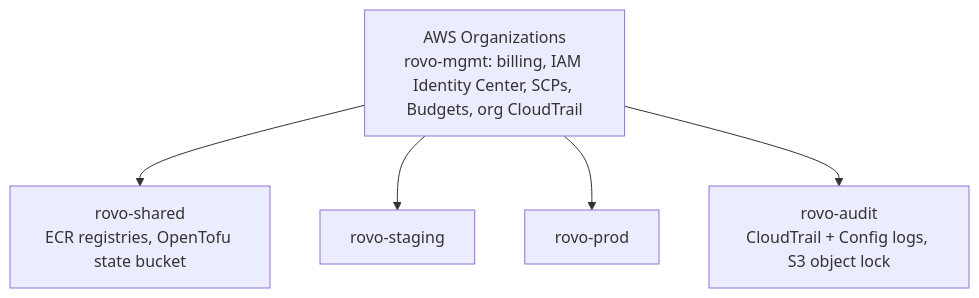
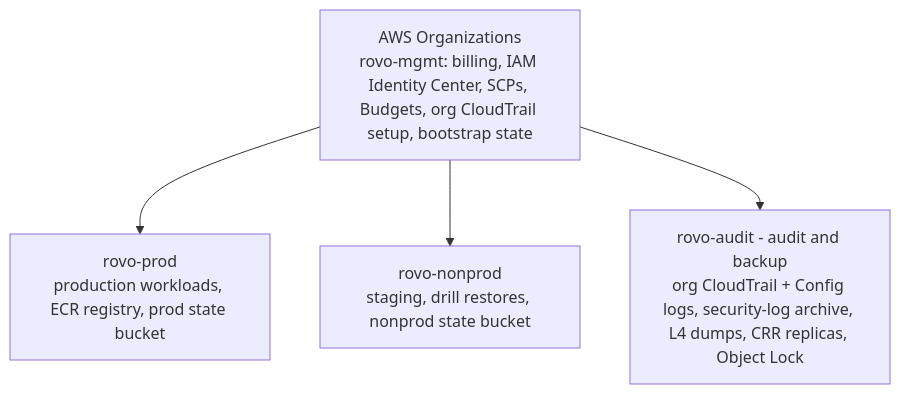
One commit to storetmobiles2-code/rovo changed the first of 3 diagrams in docs/planning/22-deployment-architecture.md. Above: the diagram before and after it, drawn with Mermaid. The commit also changed other lines of this file and 10 other files, not shown here.

````diff
--- a/docs/planning/22-deployment-architecture.md
+++ b/docs/planning/22-deployment-architecture.md
@@ -31,8 +40,7 @@
 ```mermaid
 flowchart TB
-  ORG[AWS Organizations<br/>rovo-mgmt: billing, IAM Identity Center, SCPs, Budgets, org CloudTrail]
-  ORG --> SH[rovo-shared<br/>ECR registries, OpenTofu state bucket]
-  ORG --> STG[rovo-staging]
-  ORG --> PRD[rovo-prod]
-  ORG --> LOG[rovo-audit<br/>CloudTrail + Config logs, S3 object lock]
+  ORG[AWS Organizations<br/>rovo-mgmt: billing, IAM Identity Center, SCPs, Budgets, org CloudTrail setup, bootstrap state]
+  ORG --> PRD[rovo-prod<br/>production workloads, ECR registry, prod state bucket]
+  ORG --> NP[rovo-nonprod<br/>staging, drill restores, nonprod state bucket]
+  ORG --> LOG[rovo-audit - audit and backup<br/>org CloudTrail + Config logs, security-log archive, L4 dumps, CRR replicas, Object Lock]
 ```
````
